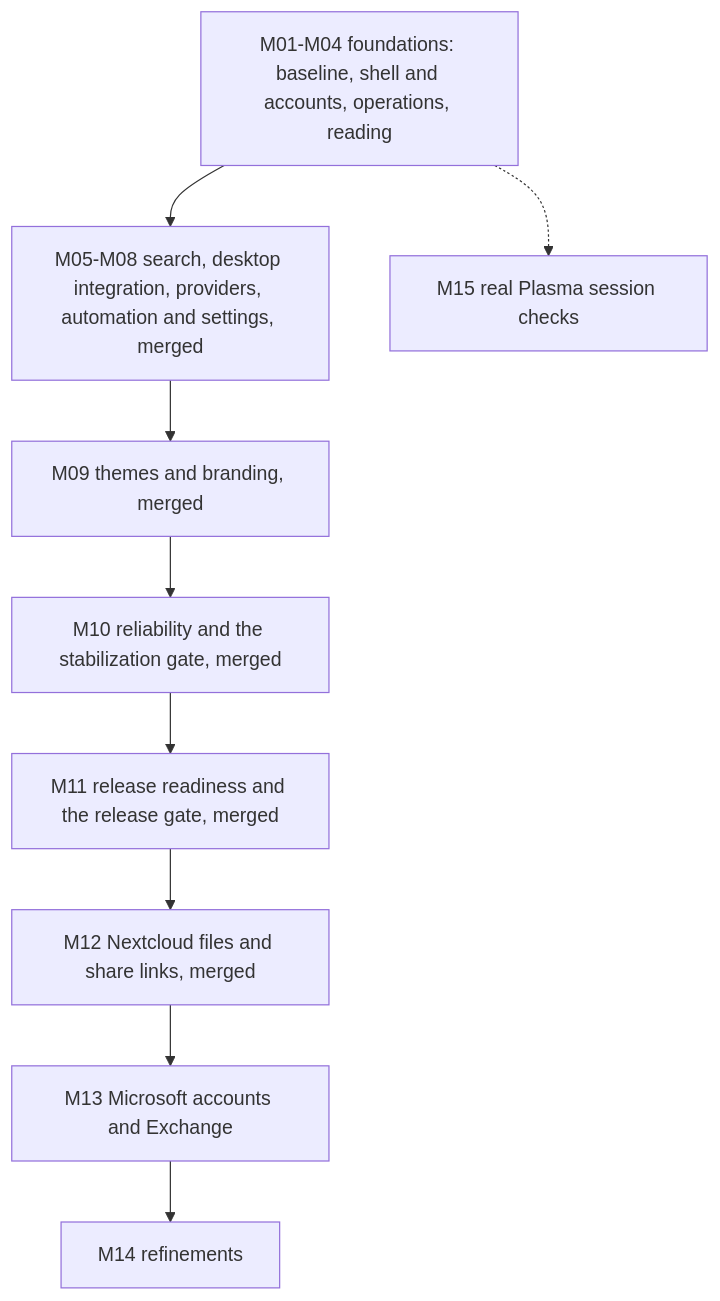
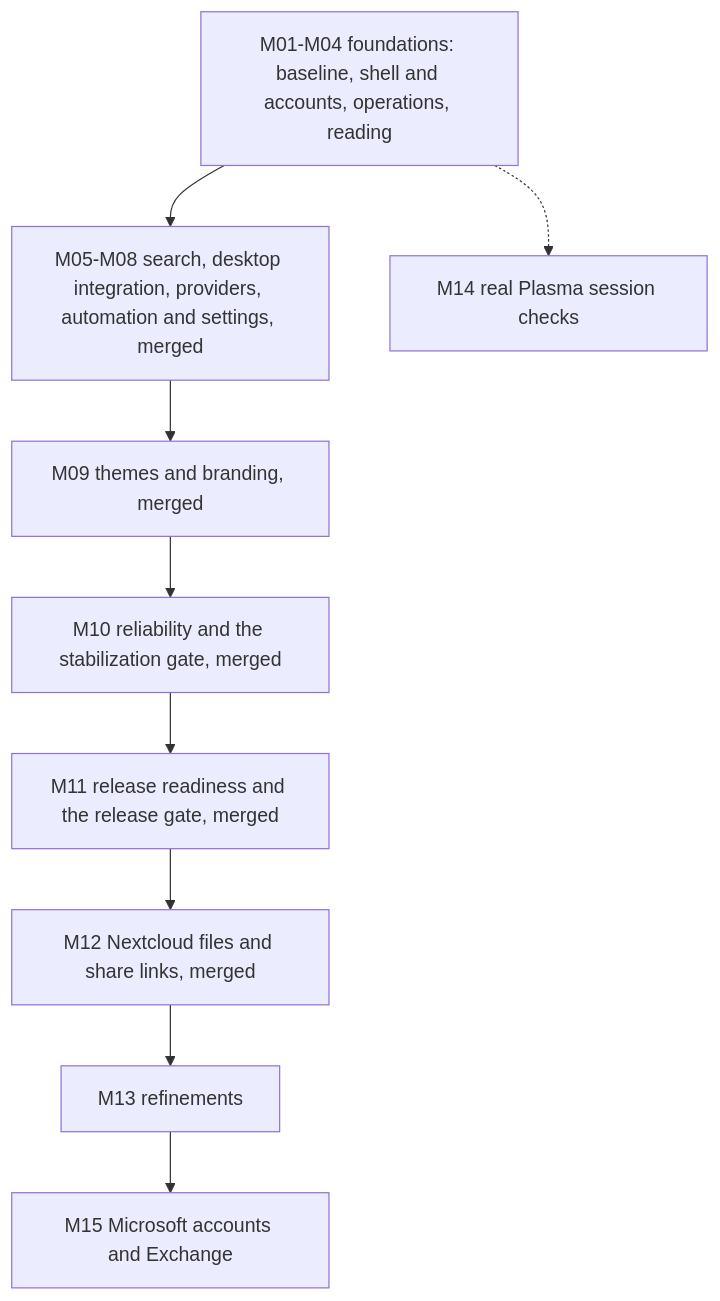
One commit to mikepadiernos/plasma-impresario changed the diagram in README.md. Above: the diagram before and after it, drawn with Mermaid. The commit also changed other lines of this file and 51 other files, not shown here.

First line of the commit message:
docs: move Microsoft accounts and Exchange to M15, the last milestone

````diff
--- a/README.md
+++ b/README.md
@@ -915,11 +916,11 @@
 ```mermaid
 flowchart TD
     A[M01-M04 foundations: baseline, shell and accounts, operations, reading] --> B[M05-M08 search, desktop integration, providers, automation and settings, merged]
     B --> C[M09 themes and branding, merged]
     C --> D[M10 reliability and the stabilization gate, merged]
     D --> H[M11 release readiness and the release gate, merged]
     H --> I[M12 Nextcloud files and share links, merged]
-    I --> E[M13 Microsoft accounts and Exchange]
-    E --> F[M14 refinements]
-    A -.-> G[M15 real Plasma session checks]
+    I --> F[M13 refinements]
+    F --> E[M15 Microsoft accounts and Exchange]
+    A -.-> G[M14 real Plasma session checks]
 ```
````
